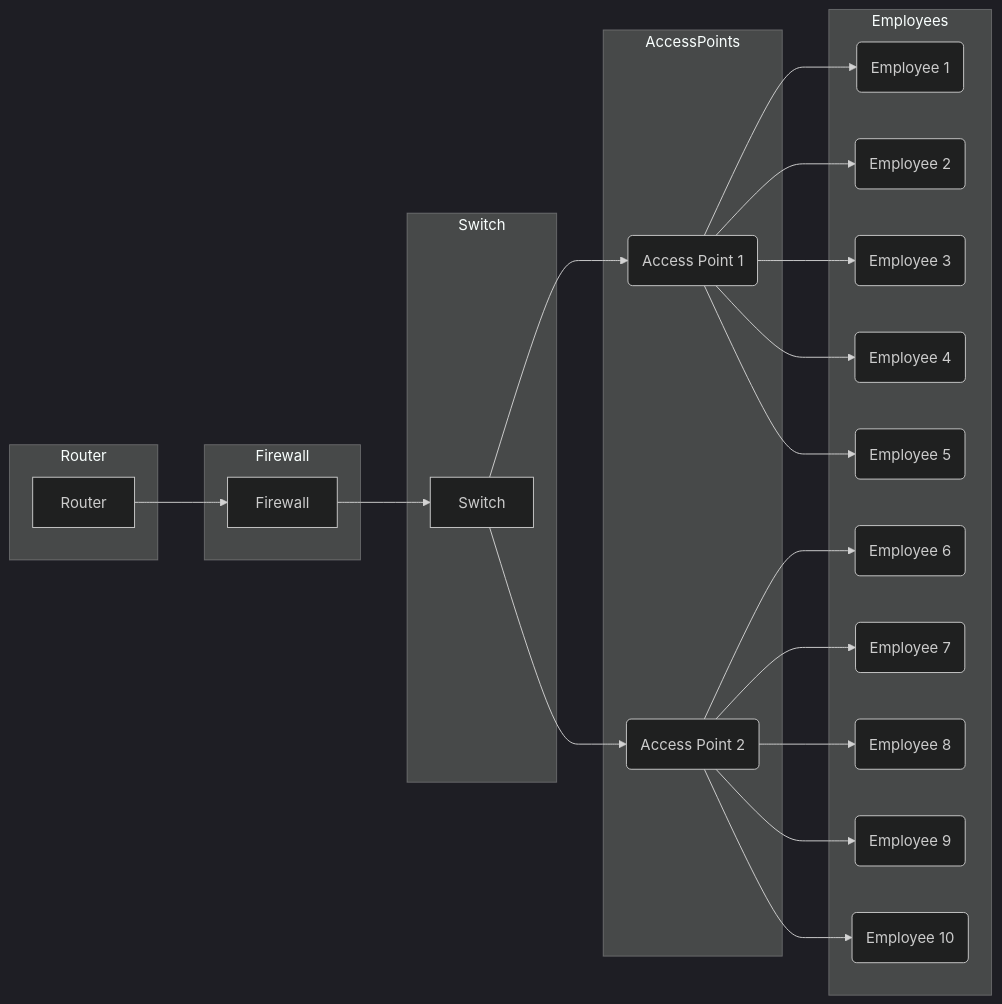
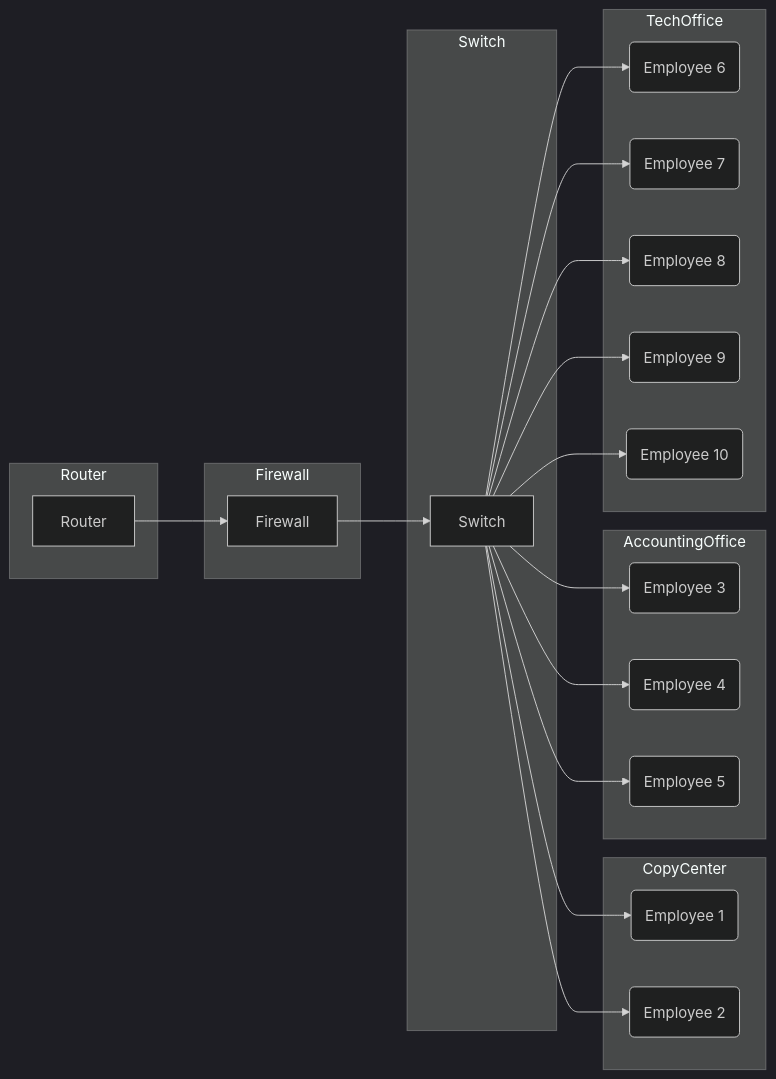
The diagram in network_diagram.mmd (gabe91/Inflation), drawn with Mermaid (dark theme) before and after one commit.

```diff
--- a/network_diagram.mmd
+++ b/network_diagram.mmd
@@ -1,47 +1,44 @@
 graph LR
     subgraph Router
         r[Router]
     end
 
     subgraph Firewall
         f[Firewall]
     end
 
-    subgraph AccessPoints
-        ap1(Access Point 1)
-        ap2(Access Point 2)
-    end
-    
     subgraph Switch
         sw[Switch]
     end
     
-    subgraph Employees
-        e1(Employee 1)
-        e2(Employee 2)
-        e3(Employee 3)
-        e4(Employee 4)
-        e5(Employee 5)
-        e6(Employee 6)
-        e7(Employee 7)
-        e8(Employee 8)
-        e9(Employee 9)
-        e10(Employee 10)
+    subgraph CopyCenter
+        cc1(Employee 1)
+        cc2(Employee 2)
+    end
+
+    subgraph AccountingOffice
+        ao1(Employee 3)
+        ao2(Employee 4)
+        ao3(Employee 5)
+    end
+
+    subgraph TechOffice
+        to1(Employee 6)
+        to2(Employee 7)
+        to3(Employee 8)
+        to4(Employee 9)
+        to5(Employee 10)
     end
 
     r --> f
     f --> sw
-    sw --> ap1
-    sw --> ap2
-
-    ap1 --> e1
-    ap1 --> e2
-    ap1 --> e3
-    ap1 --> e4
-    ap1 --> e5
-
-    ap2 --> e6
-    ap2 --> e7
-    ap2 --> e8
-    ap2 --> e9
-    ap2 --> e10
+    sw --> cc1
+    sw --> cc2
+    sw --> ao1
+    sw --> ao2
+    sw --> ao3
+    sw --> to1
+    sw --> to2
+    sw --> to3
+    sw --> to4
+    sw --> to5
```
